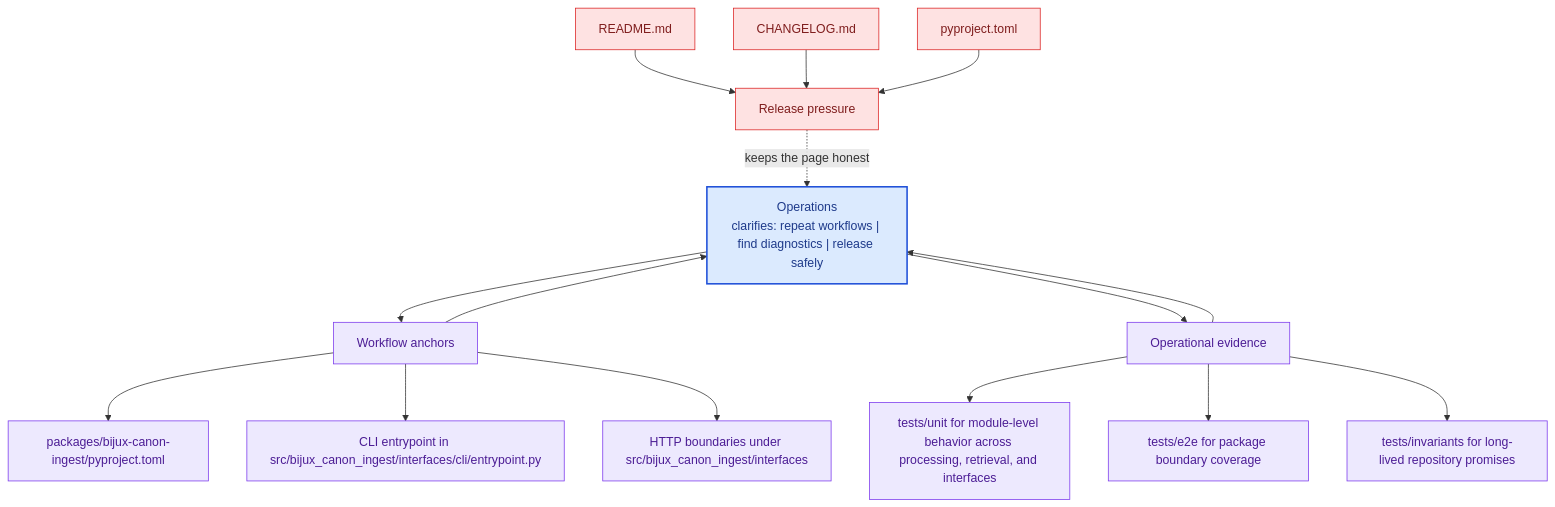
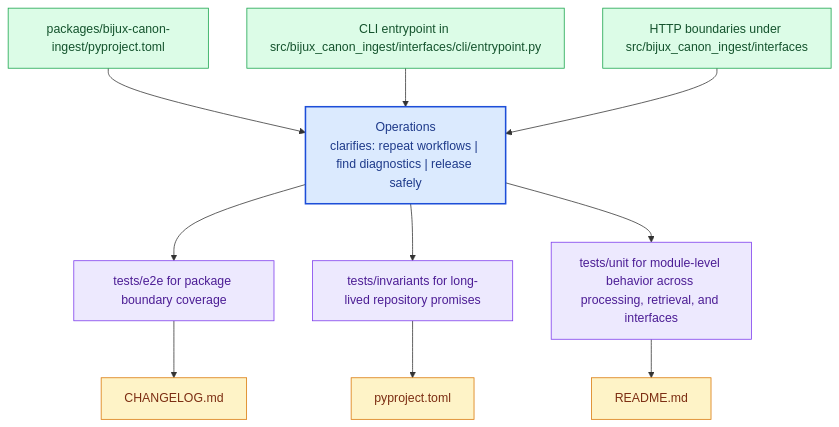
The diagram in docs/bijux-canon-ingest/operations/index.md (bijux/bijux-canon), drawn with Mermaid before and after one commit. The commit also changed other lines of this file and 281 other files, not shown here.

Commit message:
docs(diagrams): replace repeated mermaid scaffolds with page-specific summaries

````diff
--- a/docs/bijux-canon-ingest/operations/index.md
+++ b/docs/bijux-canon-ingest/operations/index.md
@@ -65,41 +20,31 @@
 ```mermaid
 flowchart TB
-    promise["Operations<br/>clarifies: repeat workflows | find diagnostics | release safely"]
-    classDef promise fill:#dbeafe,stroke:#1d4ed8,color:#1e3a8a,stroke-width:2px;
-    classDef driver fill:#dcfce7,stroke:#16a34a,color:#14532d;
-    classDef constraint fill:#fee2e2,stroke:#dc2626,color:#7f1d1d;
-    classDef ground fill:#ede9fe,stroke:#7c3aed,color:#4c1d95;
-    focus1["Workflow anchors"]
-    focus1 --> promise
-    promise --> focus1
-    focus1_1["packages/bijux-canon-ingest/pyproject.toml"]
-    focus1 --> focus1_1
-    focus1_2["CLI entrypoint in src/bijux_canon_ingest/interfaces/cli/entrypoint.py"]
-    focus1 --> focus1_2
-    focus1_3["HTTP boundaries under src/bijux_canon_ingest/interfaces"]
-    focus1 --> focus1_3
-    class focus1 ground;
-    class focus1_1,focus1_2,focus1_3 ground;
-    focus2["Operational evidence"]
-    focus2 --> promise
-    promise --> focus2
-    focus2_1["tests/unit for module-level behavior across processing, retrieval, and interfaces"]
-    focus2 --> focus2_1
-    focus2_2["tests/e2e for package boundary coverage"]
-    focus2 --> focus2_2
-    focus2_3["tests/invariants for long-lived repository promises"]
-    focus2 --> focus2_3
-    class focus2 ground;
-    class focus2_1,focus2_2,focus2_3 ground;
-    focus3["Release pressure"]
-    focus3 -.keeps the page honest.-> promise
-    focus3_1["README.md"]
-    focus3_1 --> focus3
-    focus3_2["CHANGELOG.md"]
-    focus3_2 --> focus3
-    focus3_3["pyproject.toml"]
-    focus3_3 --> focus3
-    class focus3 constraint;
-    class focus3_1,focus3_2,focus3_3 constraint;
-    class promise promise;
+    page["Operations<br/>clarifies: repeat workflows | find diagnostics | release safely"]
+    classDef page fill:#dbeafe,stroke:#1d4ed8,color:#1e3a8a,stroke-width:2px;
+    classDef positive fill:#dcfce7,stroke:#16a34a,color:#14532d;
+    classDef caution fill:#fee2e2,stroke:#dc2626,color:#7f1d1d;
+    classDef anchor fill:#ede9fe,stroke:#7c3aed,color:#4c1d95;
+    classDef action fill:#fef3c7,stroke:#d97706,color:#7c2d12;
+    step1["packages/bijux-canon-ingest/pyproject.toml"]
+    step1 --> page
+    step2["CLI entrypoint in src/bijux_canon_ingest/interfaces/cli/entrypoint.py"]
+    step2 --> page
+    step3["HTTP boundaries under src/bijux_canon_ingest/interfaces"]
+    step3 --> page
+    run1["tests/e2e for package boundary coverage"]
+    page --> run1
+    run2["tests/invariants for long-lived repository promises"]
+    page --> run2
+    run3["tests/unit for module-level behavior across processing, retrieval, and interfaces"]
+    page --> run3
+    release1["CHANGELOG.md"]
+    run1 --> release1
+    release2["pyproject.toml"]
+    run2 --> release2
+    release3["README.md"]
+    run3 --> release3
+    class page page;
+    class step1,step2,step3 positive;
+    class run1,run2,run3 anchor;
+    class release1,release2,release3 action;
 ```
````
